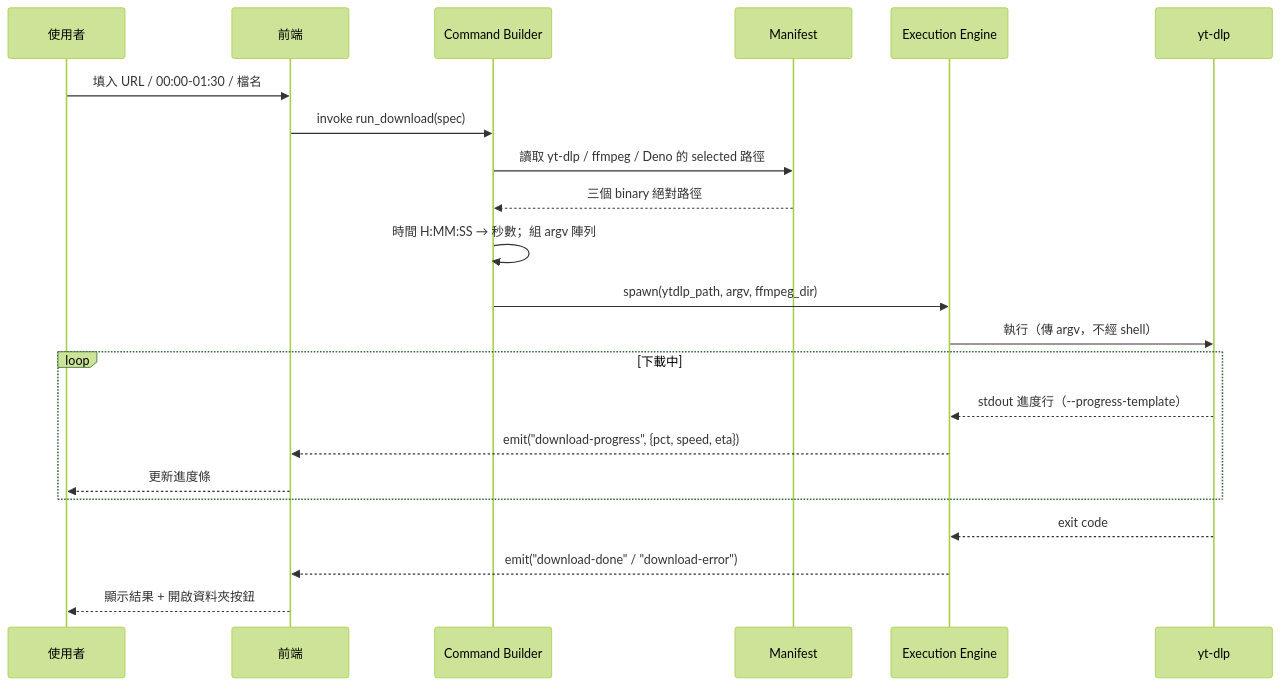
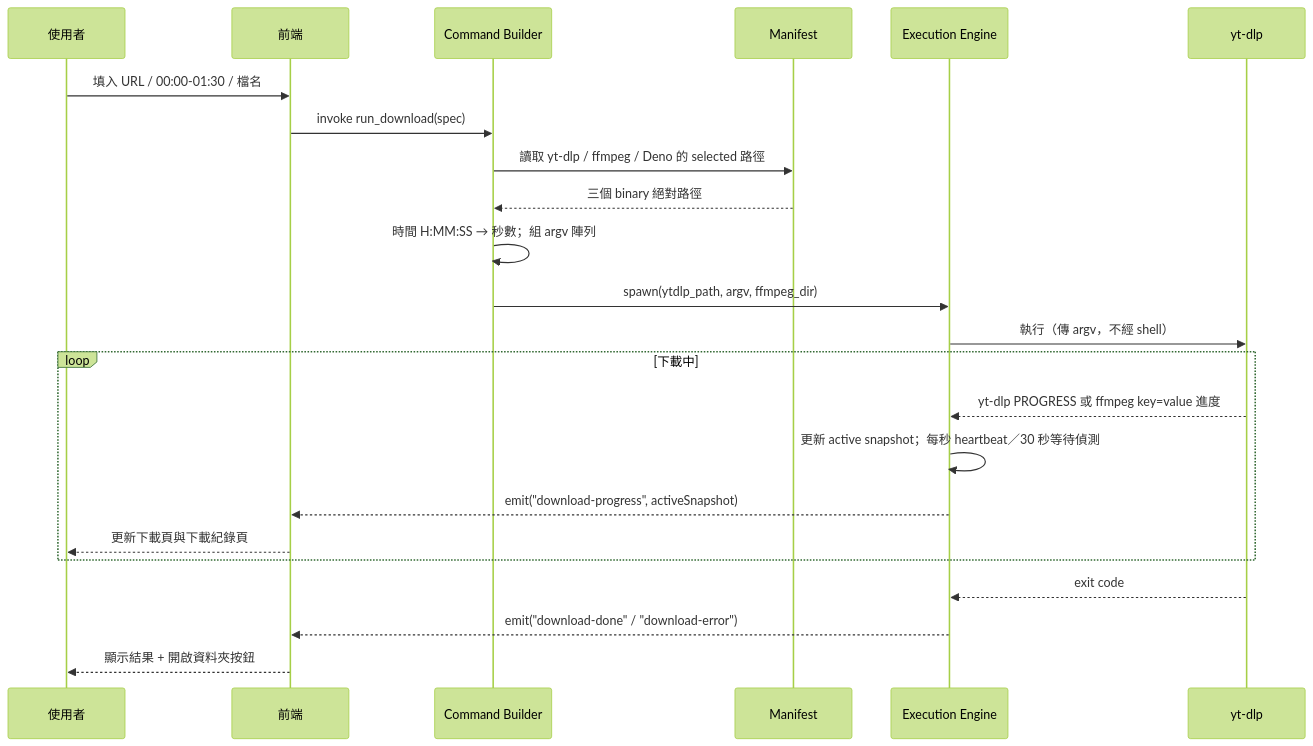
Before and after one commit to hydai/OshiClip: the second of 5 diagrams in oshiclip-desktop-design.md, drawn with Mermaid (forest theme). The commit also changed other lines of this file and 16 other files, not shown here.

Commit message:
fix(download): show live progress and active history

````diff
--- a/oshiclip-desktop-design.md
+++ b/oshiclip-desktop-design.md
@@ -171,25 +172,26 @@
 ```mermaid
 sequenceDiagram
     participant U as 使用者
     participant FE as 前端
     participant CB as Command Builder
     participant M as Manifest
     participant EE as Execution Engine
     participant YT as yt-dlp
 
     U->>FE: 填入 URL / 00:00-01:30 / 檔名
     FE->>CB: invoke run_download(spec)
     CB->>M: 讀取 yt-dlp / ffmpeg / Deno 的 selected 路徑
     M-->>CB: 三個 binary 絕對路徑
     CB->>CB: 時間 H:MM:SS → 秒數；組 argv 陣列
     CB->>EE: spawn(ytdlp_path, argv, ffmpeg_dir)
     EE->>YT: 執行（傳 argv，不經 shell）
     loop 下載中
-        YT-->>EE: stdout 進度行（--progress-template）
-        EE-->>FE: emit("download-progress", {pct, speed, eta})
-        FE-->>U: 更新進度條
+        YT-->>EE: yt-dlp PROGRESS 或 ffmpeg key=value 進度
+        EE->>EE: 更新 active snapshot；每秒 heartbeat／30 秒等待偵測
+        EE-->>FE: emit("download-progress", activeSnapshot)
+        FE-->>U: 更新下載頁與下載紀錄頁
     end
     YT-->>EE: exit code
     EE-->>FE: emit("download-done" / "download-error")
     FE-->>U: 顯示結果 + 開啟資料夾按鈕
 ```
````
